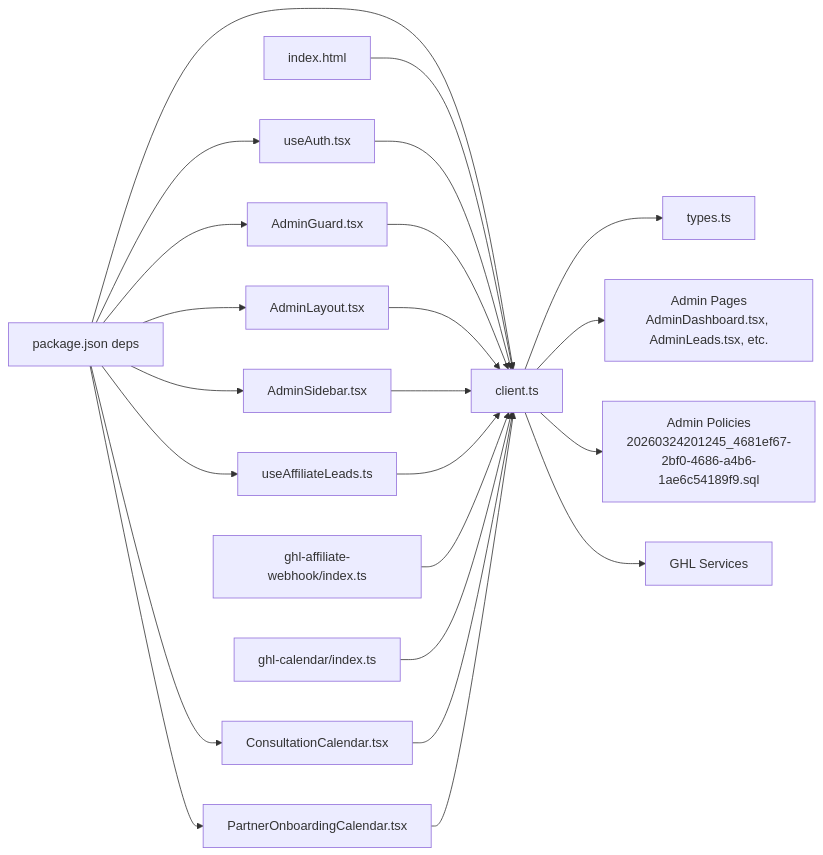
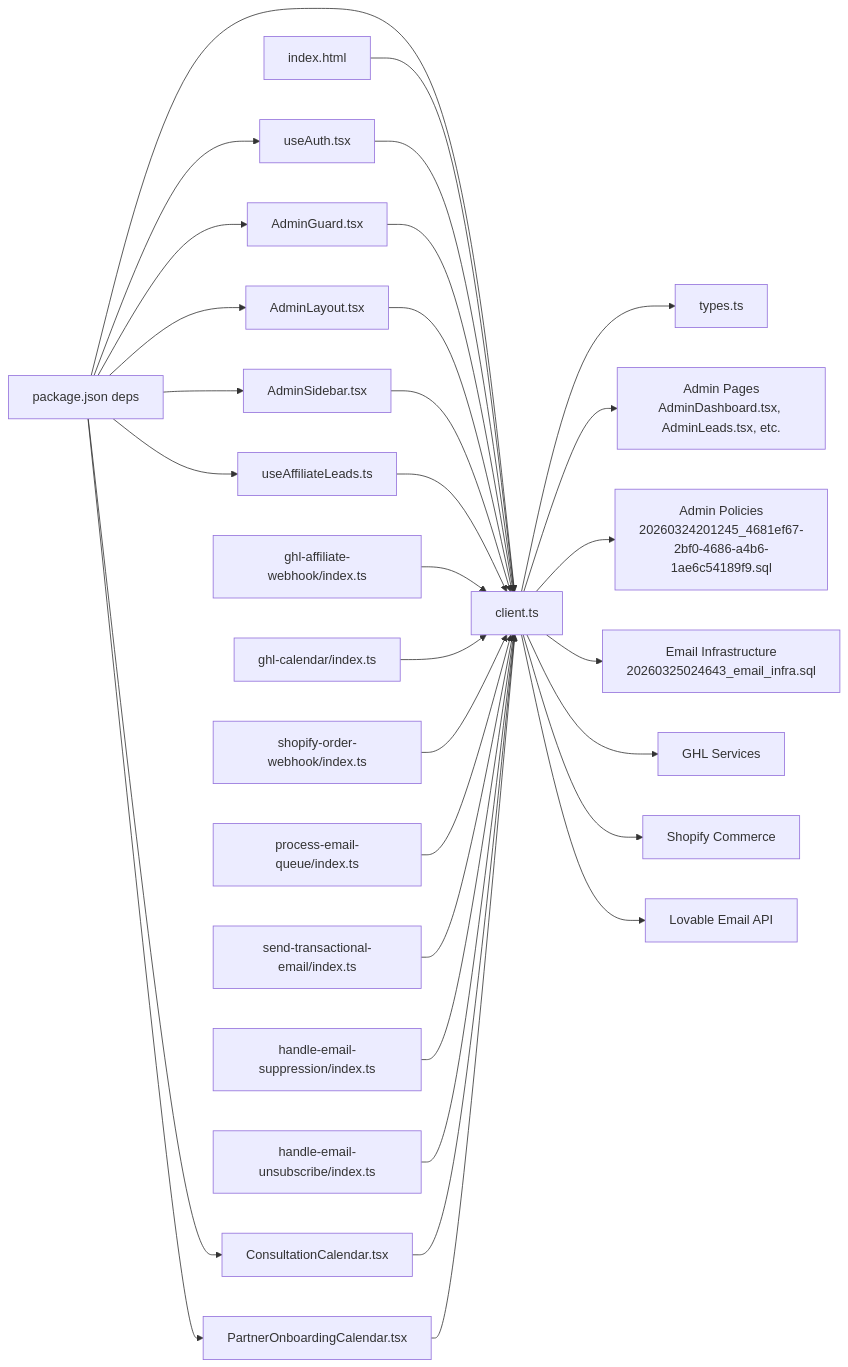
Before and after one commit to Hawky1/ryland: diagram 12 of 12 in .qoder/repowiki/en/content/Data Layer & Supabase Integration.md, drawn with Mermaid. The commit also changed other lines of this file and 26 other files, not shown here.

````diff
--- a/.qoder/repowiki/en/content/Data Layer & Supabase Integration.md
+++ b/.qoder/repowiki/en/content/Data Layer & Supabase Integration.md
@@ -759,41 +1050,57 @@
 ```mermaid
 graph LR
 Package["package.json deps"]
 Client["client.ts"]
 Types["types.ts"]
 Auth["useAuth.tsx"]
 AdminGuard["AdminGuard.tsx"]
 AdminLayout["AdminLayout.tsx"]
 AdminSidebar["AdminSidebar.tsx"]
 Leads["useAffiliateLeads.ts"]
 Func["ghl-affiliate-webhook/index.ts"]
 CalFunc["ghl-calendar/index.ts"]
+ShopifyWebhook["shopify-order-webhook/index.ts"]
+EmailProc["process-email-queue/index.ts"]
+EmailSend["send-transactional-email/index.ts"]
+SuppressHandler["handle-email-suppression/index.ts"]
+UnsubscribeHandler["handle-email-unsubscribe/index.ts"]
 ConsultCal["ConsultationCalendar.tsx"]
 PartnerCal["PartnerOnboardingCalendar.tsx"]
 HTML["index.html"]
 GHL["GHL Services"]
+Shopify["Shopify Commerce"]
+Lovable["Lovable Email API"]
 AdminPages["Admin Pages<br/>AdminDashboard.tsx, AdminLeads.tsx, etc."]
 AdminMig["Admin Policies<br/>20260324201245_4681ef67-2bf0-4686-a4b6-1ae6c54189f9.sql"]
+EmailMig["Email Infrastructure<br/>20260325024643_email_infra.sql"]
 Package --> Client
 Package --> Auth
 Package --> AdminGuard
 Package --> AdminLayout
 Package --> AdminSidebar
 Package --> Leads
 Package --> ConsultCal
 Package --> PartnerCal
 HTML --> Client
 Client --> Types
 Auth --> Client
 AdminGuard --> Client
 AdminLayout --> Client
 AdminSidebar --> Client
 Leads --> Client
 Func --> Client
 CalFunc --> Client
+ShopifyWebhook --> Client
+EmailProc --> Client
+EmailSend --> Client
+SuppressHandler --> Client
+UnsubscribeHandler --> Client
 ConsultCal --> Client
 PartnerCal --> Client
 Client --> AdminPages
 Client --> AdminMig
+Client --> EmailMig
 Client --> GHL
+Client --> Shopify
+Client --> Lovable
 ```
````
